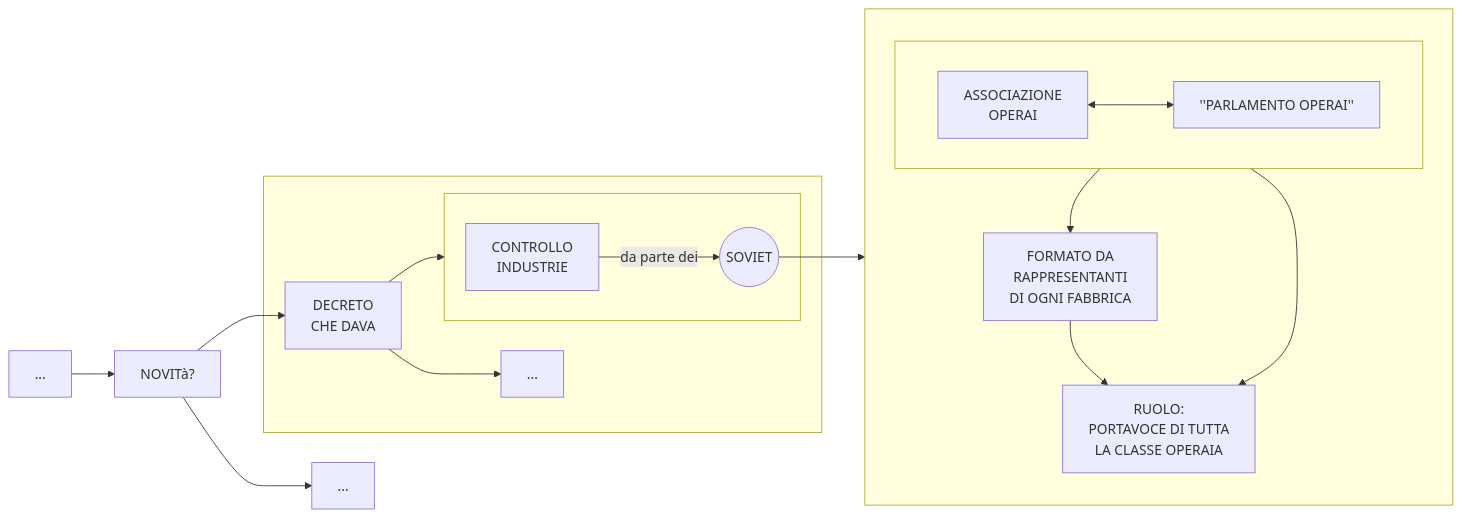
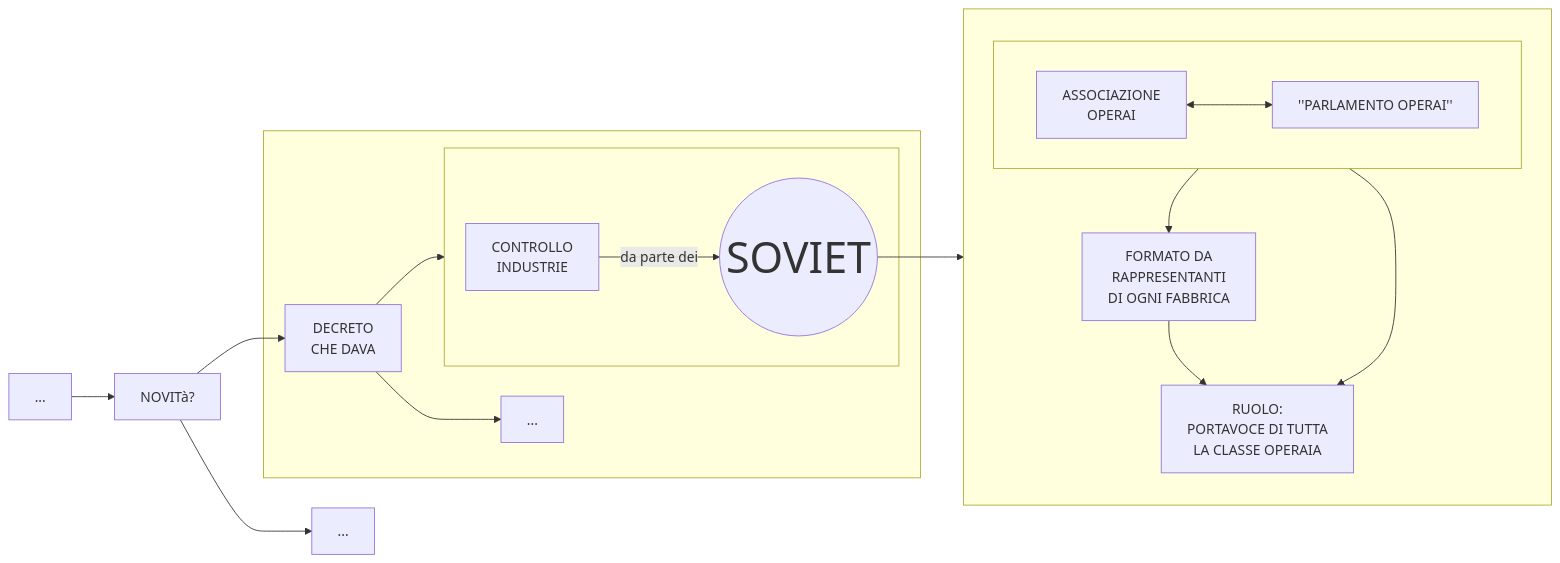
The third of 3 diagrams in stalinismo.md (Laaouatni/ricerca-storia-MermaidJS), drawn with Mermaid before and after one commit.

````diff
--- a/stalinismo.md
+++ b/stalinismo.md
@@ -77,29 +77,30 @@
 ```mermaid
 flowchart LR
     0[...] 
     01[NOVITà?]
     subgraph 013[" "]
         010[DECRETO <br> CHE DAVA]
         011[...]
         subgraph 012[" "]
             0120[CONTROLLO<br>INDUSTRIE]
+            style 01200 font-size:50px;
             01200((SOVIET))
             0120 -->|da parte dei| 01200
         end
         010 --> 011 & 012
     end
     014[...]
     subgraph 05[" "]
         subgraph 02[" "]
             020[ASSOCIAZIONE <br> OPERAI]
             021["''PARLAMENTO OPERAI''"]
             020 <-->021
         end
         03[FORMATO DA <br> RAPPRESENTANTI <BR> DI OGNI FABBRICA]
         04[RUOLO: <BR> PORTAVOCE DI TUTTA <BR> LA CLASSE OPERAIA]
     end
     02 --> 03 & 04
     03 --> 04
     01200 --> 05
     0 --> 01 --> 010 & 014
 ```
````
